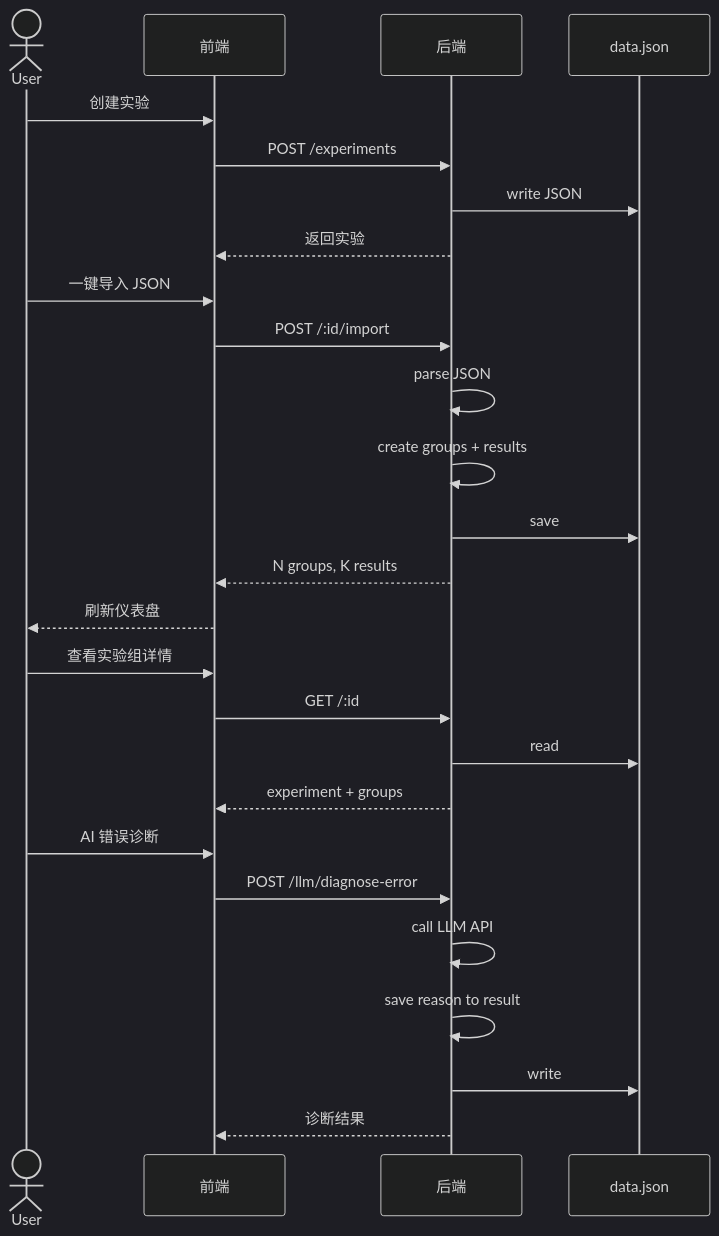
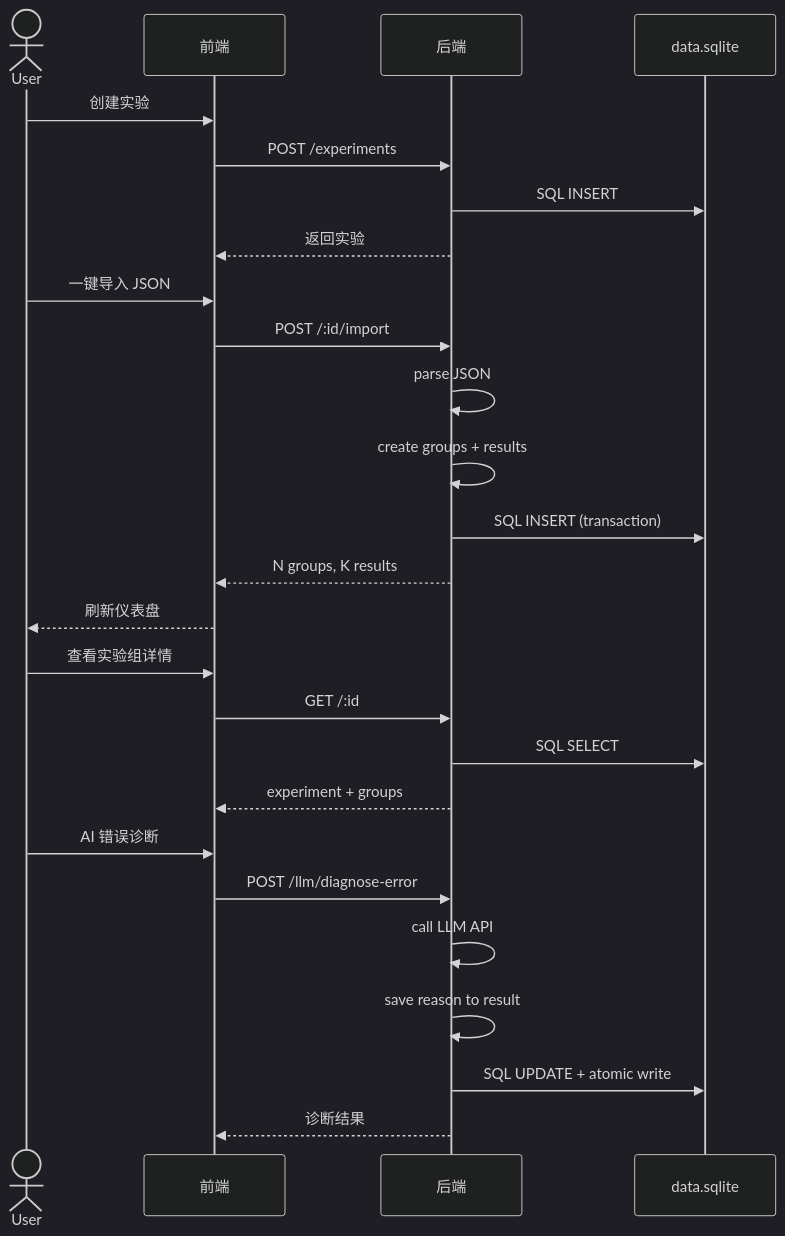
The third of 4 diagrams in DEVELOPMENT.md (Haoguozhichi/corpus_dashboard), drawn with Mermaid (dark theme) before and after one commit. The commit also changed other lines of this file and 7 other files, not shown here.

````diff
--- a/DEVELOPMENT.md
+++ b/DEVELOPMENT.md
@@ -123,32 +133,32 @@
 ```mermaid
 sequenceDiagram
     actor User
     participant Frontend as 前端
     participant Backend as 后端
-    participant Storage as data.json
+    participant Storage as data.sqlite
     
     User->>Frontend: 创建实验
     Frontend->>Backend: POST /experiments
-    Backend->>Storage: write JSON
+    Backend->>Storage: SQL INSERT
     Backend-->>Frontend: 返回实验
     
     User->>Frontend: 一键导入 JSON
     Frontend->>Backend: POST /:id/import
     Backend->>Backend: parse JSON
     Backend->>Backend: create groups + results
-    Backend->>Storage: save
+    Backend->>Storage: SQL INSERT (transaction)
     Backend-->>Frontend: N groups, K results
     Frontend-->>User: 刷新仪表盘
     
     User->>Frontend: 查看实验组详情
     Frontend->>Backend: GET /:id
-    Backend->>Storage: read
+    Backend->>Storage: SQL SELECT
     Backend-->>Frontend: experiment + groups
     
     User->>Frontend: AI 错误诊断
     Frontend->>Backend: POST /llm/diagnose-error
     Backend->>Backend: call LLM API
     Backend->>Backend: save reason to result
-    Backend->>Storage: write
+    Backend->>Storage: SQL UPDATE + atomic write
     Backend-->>Frontend: 诊断结果
 ```
````
